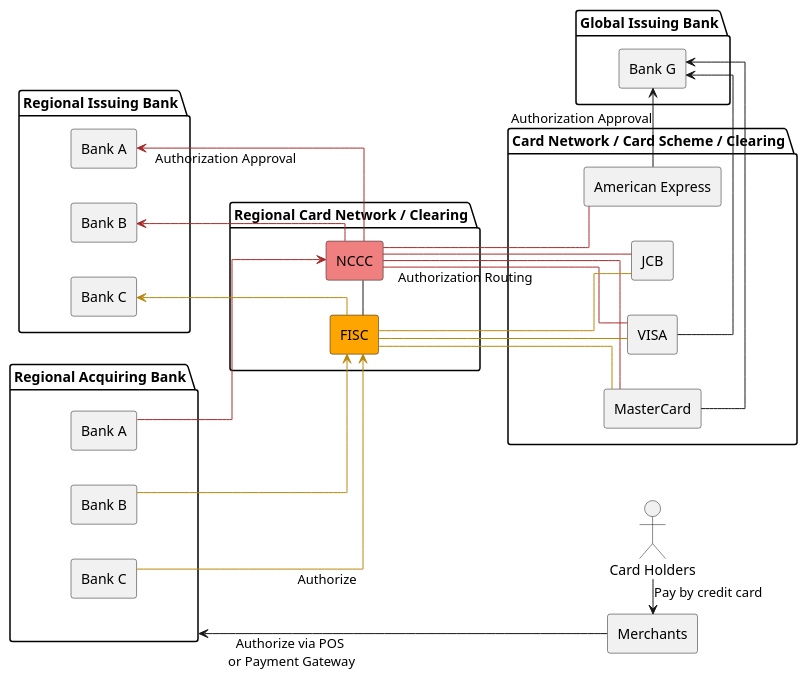
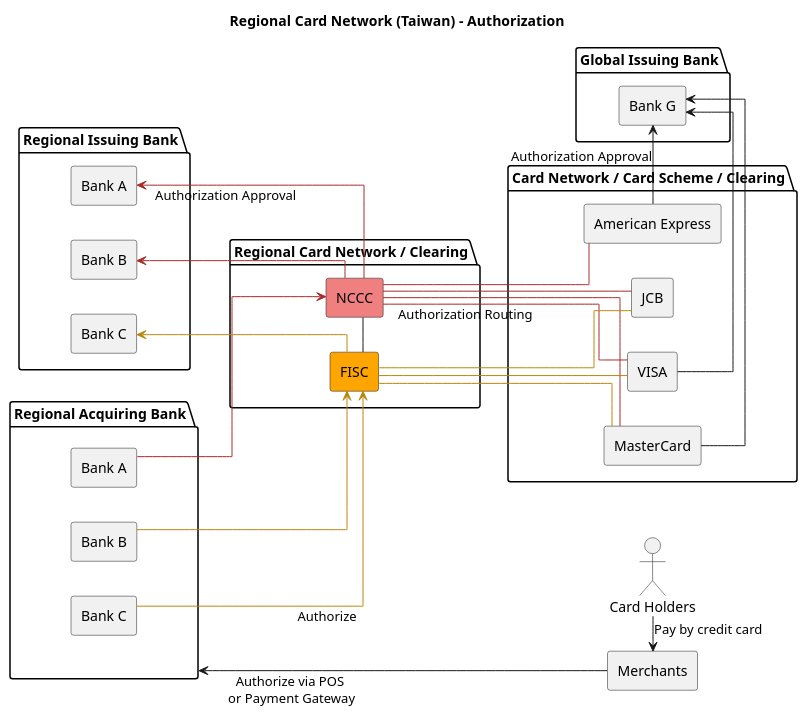
Before and after one commit to yidas/web-service-architectures: the diagram in payment/local-card-services-authorization.plantuml, drawn with PlantUML.

```diff
--- a/payment/local-card-services-authorization.plantuml
+++ b/payment/local-card-services-authorization.plantuml
@@ -1,57 +1,59 @@
 @startuml
 skinparam linetype polyline
 skinparam linetype ortho
 left to right direction
+
+title "Regional Card Network (Taiwan) - Authorization"
 
 actor "Card Holders" as user
 agent "Merchants" as merchant
 package "Card Network / Card Scheme / Clearing" as ccnet {
   agent "VISA" as visa
   agent "MasterCard" as mc
   agent "JCB" as jcb
   agent "American Express" as axp
 }
 package "Regional Card Network / Clearing" as ccnet_local {
   agent "NCCC" as nccc #lightcoral
   agent "FISC" as fisc #orange
 }
 package "Global Issuing Bank" as issuer_global {
   agent "Bank G" as issuer_global_a
 }
 package "Regional Issuing Bank" as issuer_local {
   agent "Bank A" as issuer_a
   agent "Bank C" as issuer_b
   agent "Bank B" as issuer_c
 }
 package "Regional Acquiring Bank" as acquirer_local {
   agent "Bank A" as acquirer_a
   agent "Bank C" as acquirer_b
   agent "Bank B" as acquirer_c
 }
 
 
 merchant -up--> acquirer_local: Authorize via POS\n or Payment Gateway
 
 nccc - fisc
 nccc --[#brown] visa: Authorization Routing
 nccc --[#brown] mc
 nccc --[#brown] jcb
 nccc --[#brown] axp
 fisc --[#darkGoldenRod] visa
 fisc --[#darkGoldenRod] mc
 fisc -[#darkGoldenRod] jcb
 
 issuer_a <--[#brown] nccc: Authorization Approval
 acquirer_a --[#brown]> nccc
 issuer_b <--[#darkGoldenRod] fisc
 acquirer_b --[#darkGoldenRod]> fisc: Authorize
 issuer_c <--[#brown] nccc
 acquirer_c --[#darkGoldenRod]> fisc
 
 issuer_global_a <-right- visa
 issuer_global_a <-right- mc
 issuer_global_a <-right- axp: Authorization Approval
 
 
 user -right-> merchant: Pay by credit card 　
 @enduml
```
